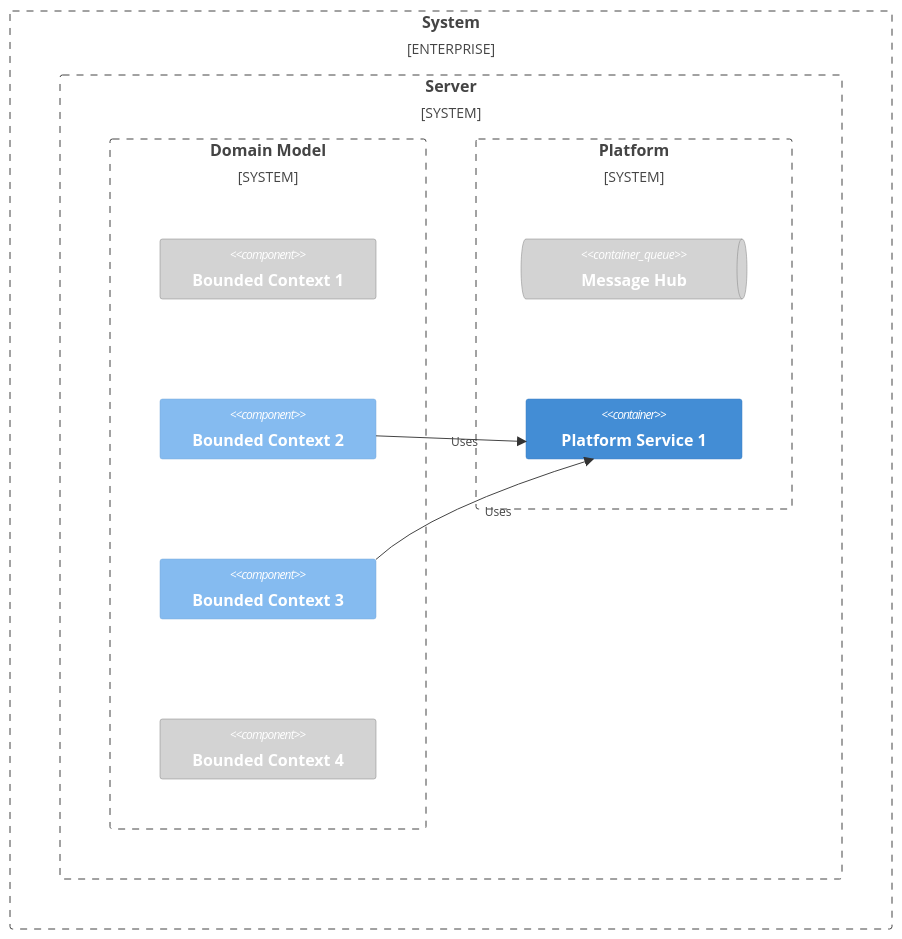
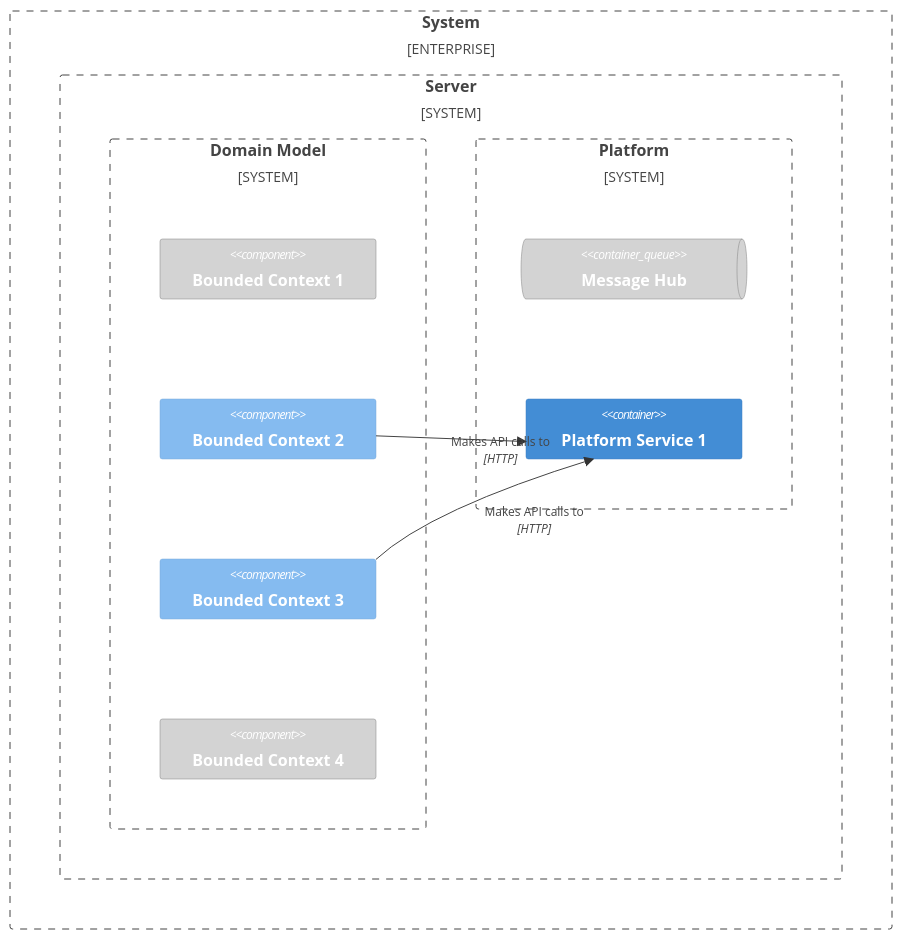
One commit to gyuwon/ArchitecturalRunwayGuidelines changed the fifth of 27 diagrams in README.md. Above: the diagram before and after it, drawn with Mermaid. The commit also changed other lines of this file, not shown here.

````diff
--- a/README.md
+++ b/README.md
@@ -231,28 +202,28 @@
 ```mermaid
 C4Context
 
 Enterprise_Boundary(wb, "System") {
   System_Boundary(sb, "Server") {
     System_Boundary(dmb, "Domain Model") {
       Component(bc1, "Bounded Context 1")
       Component(bc2, "Bounded Context 2")
       Component(bc3, "Bounded Context 3")
       Component(bc4, "Bounded Context 4")
     }
     System_Boundary(pb, "Platform") {
       ContainerQueue(mh, "Message Hub")
       Container(fs1, "Platform Service 1")
     }
   }
 }
 
-Rel(bc2, fs1, "Uses")
-Rel(bc3, fs1, "Uses")
+Rel(bc2, fs1, "Makes API calls to", "HTTP")
+Rel(bc3, fs1, "Makes API calls to", "HTTP")
 
 UpdateLayoutConfig($c4ShapeInRow="3", $c4BoundaryInRow="3")
 
 UpdateElementStyle(bc1, $bgColor="lightgrey", $borderColor="grey")
 UpdateElementStyle(bc4, $bgColor="lightgrey", $borderColor="grey")
   
 UpdateElementStyle(mh, $bgColor="lightgrey", $borderColor="grey")
 ```
````
